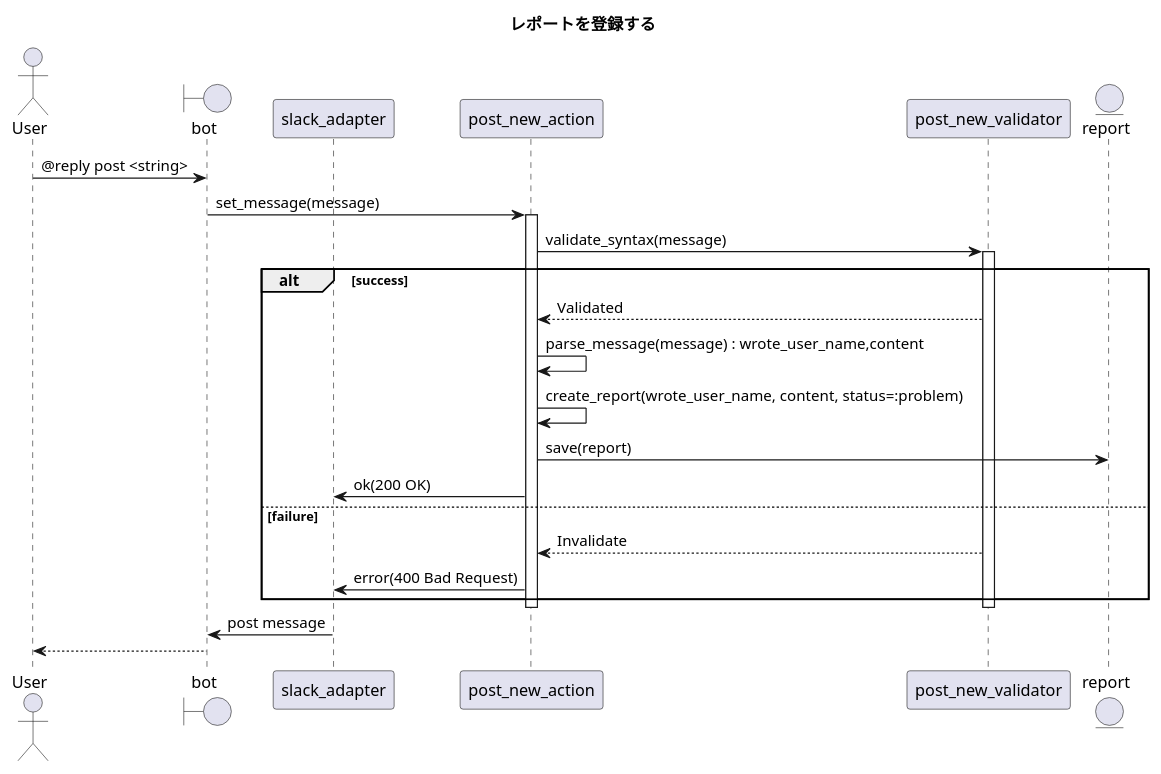
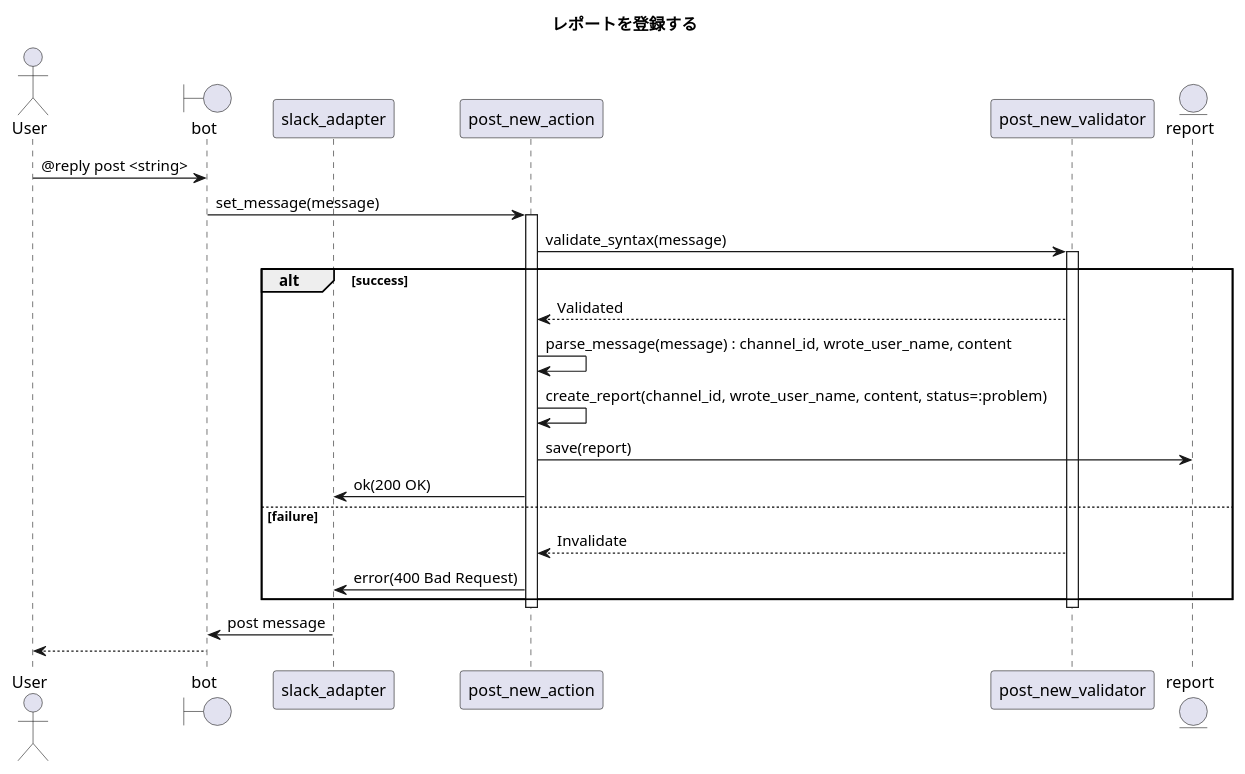
Before and after one commit to ito-masam/kpt-guard.doc: the diagram in 1.design/5.sequences/post-report-new.md, drawn with PlantUML. The commit also changed 9 other files, not shown here.

```diff
--- a/1.design/5.sequences/post-report-new.md
+++ b/1.design/5.sequences/post-report-new.md
@@ -1,35 +1,35 @@
 @startuml
 
     ' ----------- meta
     title レポートを登録する
 
     actor User
     boundary bot
     participant slack_adapter
     participant post_new_action
     participant post_new_validator
     entity report
 
     ' ----------- main
     User -> bot : @reply post <string>
     bot -> post_new_action : set_message(message)
     activate post_new_action
         post_new_action -> post_new_validator : validate_syntax(message)
         activate post_new_validator
             alt success
                 post_new_validator --> post_new_action : Validated
-                post_new_action -> post_new_action : parse_message(message) : wrote_user_name,content
-                post_new_action -> post_new_action : create_report(wrote_user_name, content, status=:problem)
+                post_new_action -> post_new_action : parse_message(message) : channel_id, wrote_user_name, content
+                post_new_action -> post_new_action : create_report(channel_id, wrote_user_name, content, status=:problem)
                 post_new_action -> report : save(report)
                 post_new_action -> slack_adapter : ok(200 OK)
             else failure
                 ' ----------- alternative
                 post_new_validator --> post_new_action : Invalidate
                 post_new_action -> slack_adapter : error(400 Bad Request)
             end
         deactivate post_new_validator
     deactivate post_new_action
     slack_adapter -> bot : post message
     bot --> User
 
 @enduml
```
